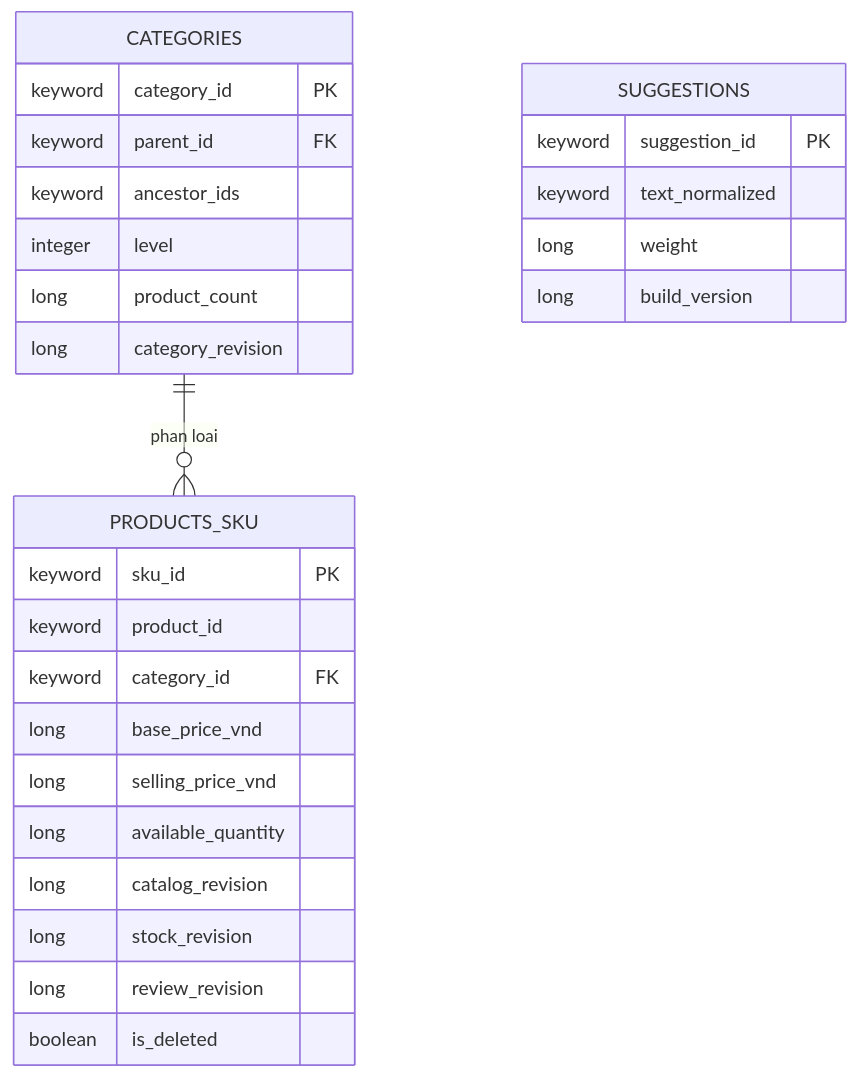
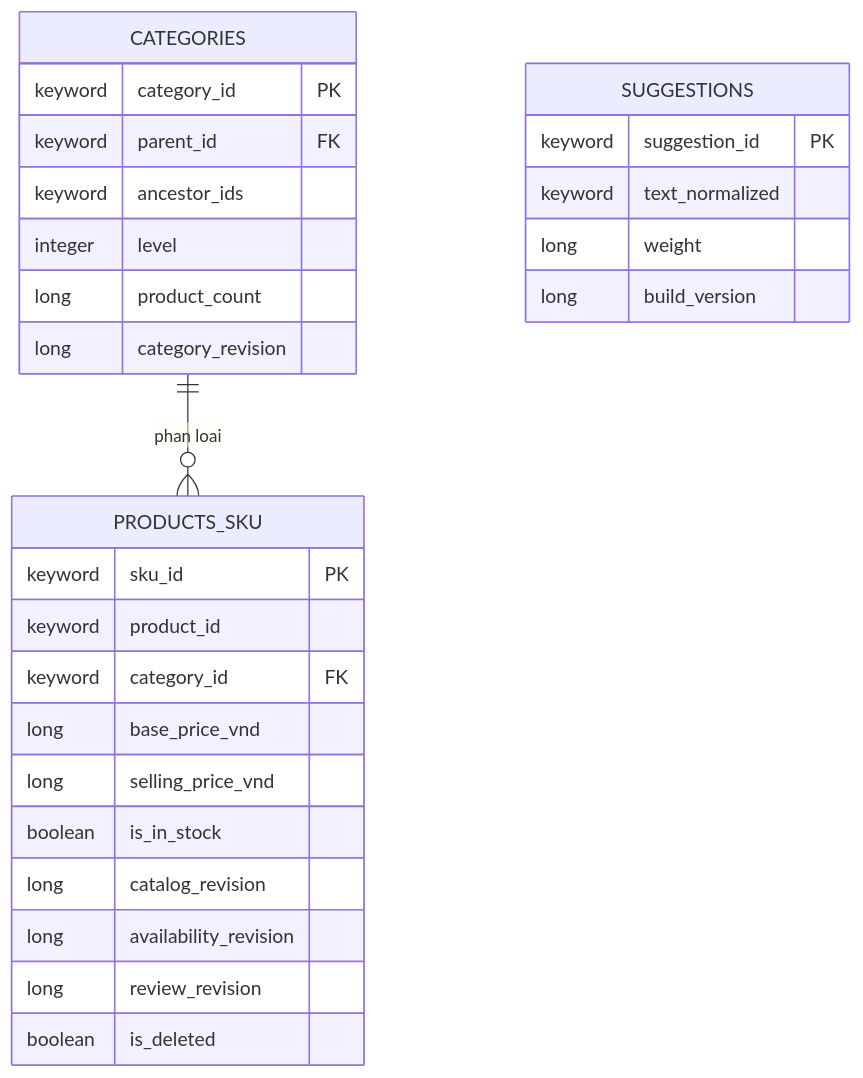
Before and after one commit to quangdung2110/e-commerce-microservices: the diagram in docs/search/data.md, drawn with Mermaid. The commit also changed other lines of this file and 19 other files, not shown here.

````diff
--- a/docs/search/data.md
+++ b/docs/search/data.md
@@ -92,30 +92,30 @@
 ```mermaid
 erDiagram
     CATEGORIES ||--o{ PRODUCTS_SKU : "phan loai"
     PRODUCTS_SKU {
         keyword sku_id PK
         keyword product_id
         keyword category_id FK
         long base_price_vnd
         long selling_price_vnd
-        long available_quantity
+        boolean is_in_stock
         long catalog_revision
-        long stock_revision
+        long availability_revision
         long review_revision
         boolean is_deleted
     }
     CATEGORIES {
         keyword category_id PK
         keyword parent_id FK
         keyword ancestor_ids
         integer level
         long product_count
         long category_revision
     }
     SUGGESTIONS {
         keyword suggestion_id PK
         keyword text_normalized
         long weight
         long build_version
     }
 ```
````
